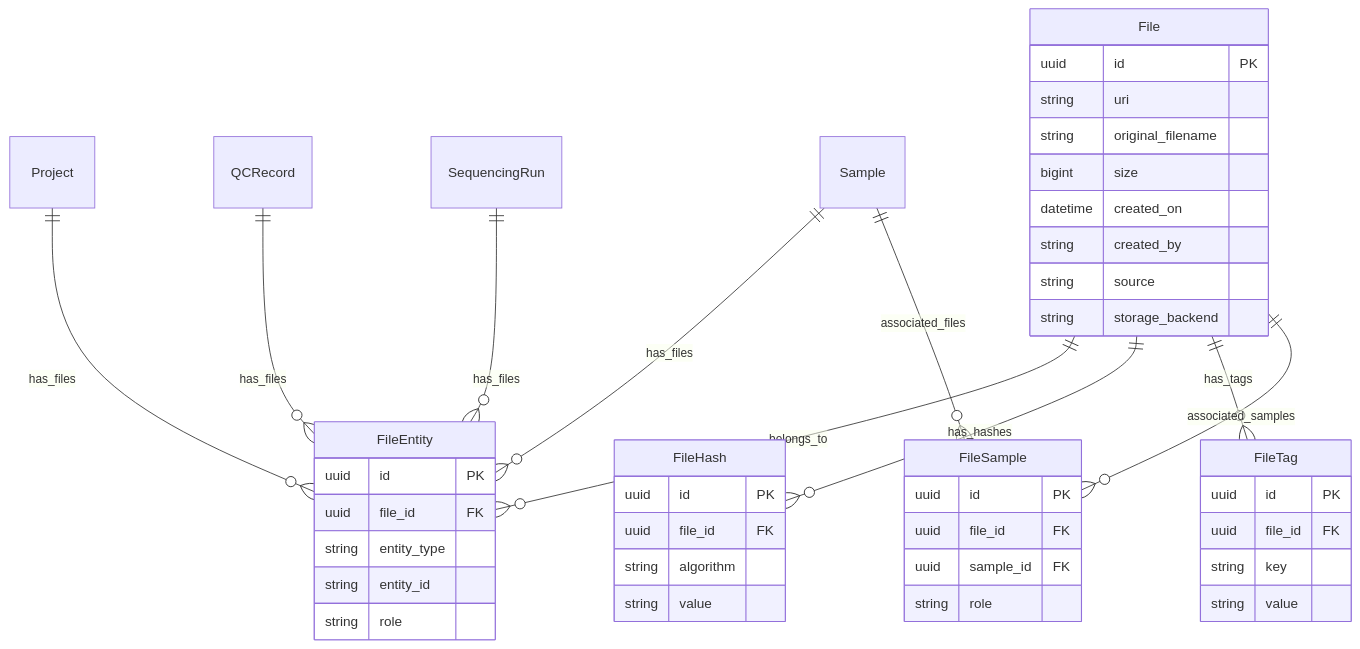
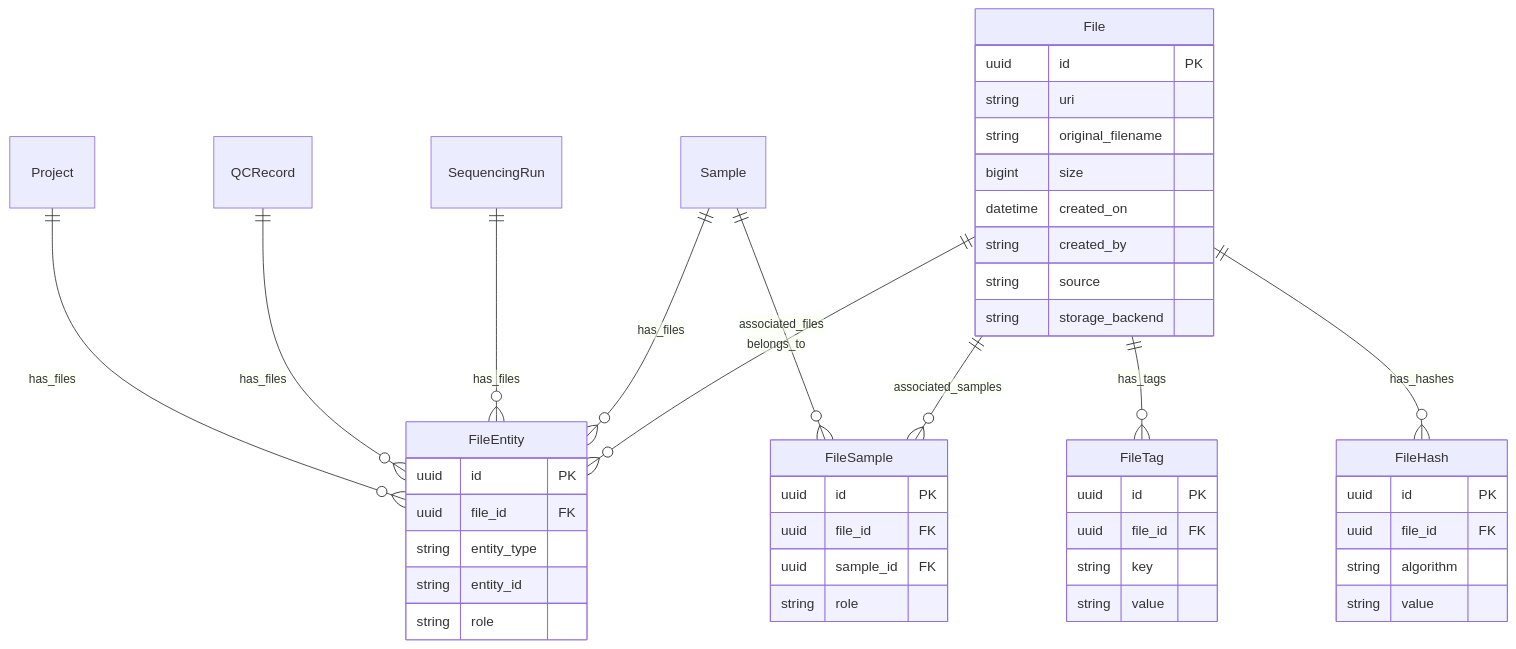
One commit to NGS360/APIServer changed the diagram in docs/FILE_MODEL.md. Above: the diagram before and after it, drawn with Mermaid.

Commit message:
fix mermaid diagram edge overlap

````diff
--- a/docs/FILE_MODEL.md
+++ b/docs/FILE_MODEL.md
@@ -20,53 +20,55 @@
 ```mermaid
 erDiagram
     Project ||--o{ FileEntity : has_files
-    Sample ||--o{ FileEntity : has_files
     QCRecord ||--o{ FileEntity : has_files
     SequencingRun ||--o{ FileEntity : has_files
-    
+
+    Sample ||--o{ FileEntity : has_files
+    Sample ||--o{ FileSample : associated_files
+
     File ||--o{ FileEntity : belongs_to
-    File ||--o{ FileHash : has_hashes
     File ||--o{ FileTag : has_tags
     File ||--o{ FileSample : associated_samples
-    Sample ||--o{ FileSample : associated_files
-    
+    File ||--o{ FileHash : has_hashes
+
+
+    FileEntity {
+        uuid id PK
+        uuid file_id FK
+        string entity_type
+        string entity_id
+        string role
+    }
+
     File {
         uuid id PK
         string uri
         string original_filename
         bigint size
         datetime created_on
         string created_by
         string source
         string storage_backend
     }
-    
-    FileEntity {
+
+    FileTag {
         uuid id PK
         uuid file_id FK
-        string entity_type
-        string entity_id
+        string key
+        string value
+    }
+
+    FileSample {
+        uuid id PK
+        uuid file_id FK
+        uuid sample_id FK
         string role
     }
-    
+
     FileHash {
         uuid id PK
         uuid file_id FK
         string algorithm
         string value
     }
-    
-    FileTag {
-        uuid id PK
-        uuid file_id FK
-        string key
-        string value
-    }
-    
-    FileSample {
-        uuid id PK
-        uuid file_id FK
-        uuid sample_id FK
-        string role
-    }
 ```
````
